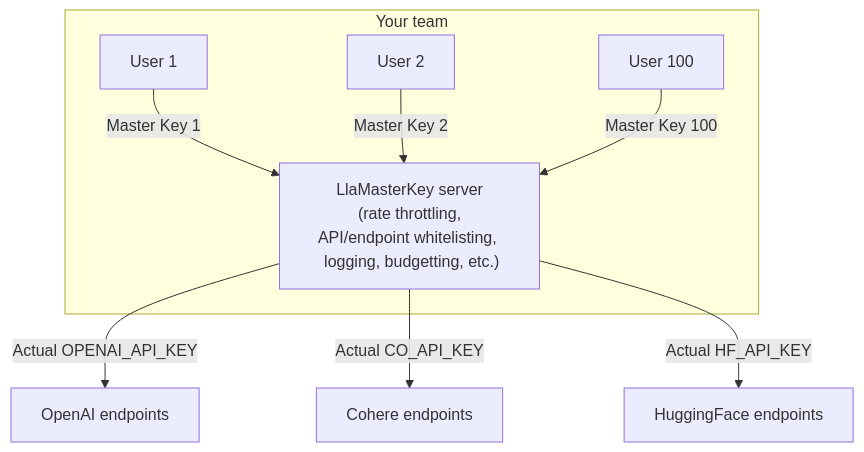
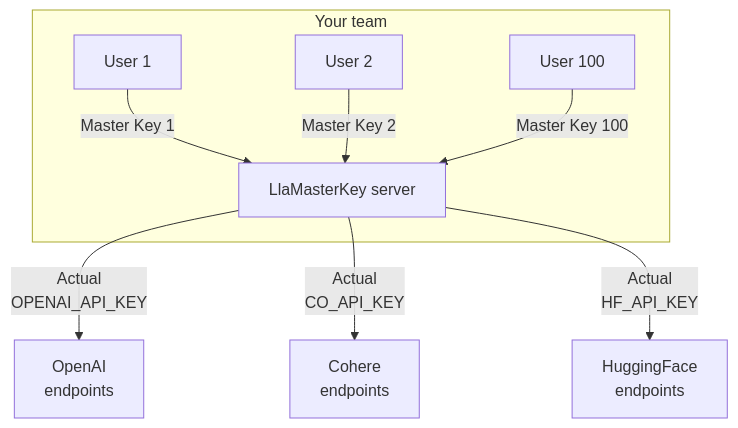
One commit to TexteaInc/LlaMasterKey changed the diagram in README.md. Above: the diagram before and after it, drawn with Mermaid. The commit also changed other lines of this file and 4 other files, not shown here.

````diff
--- a/README.md
+++ b/README.md
@@ -7,11 +12,11 @@
 ```mermaid
 graph TD
    subgraph Your team
-     A[User 1] -- Master Key 1 --> L["LlaMasterKey server<br> (rate throttling, API/endpoint whitelisting, <br> logging, budgetting, etc.)"]
+     A[User 1] -- Master Key 1 --> L["LlaMasterKey server"]
      B[User 2] -- Master Key 2 --> L
      C[User 100] -- Master Key 100 --> L
    end
-    L -- Actual OPENAI_API_KEY--> O[OpenAI endpoints]
-    L -- Actual CO_API_KEY--> P[Cohere  endpoints]
-    L -- Actual HF_API_KEY--> Q[HuggingFace endpoints]
+    L -- Actual <br> OPENAI_API_KEY --> O[OpenAI <br> endpoints]
+    L -- Actual <br> CO_API_KEY--> P[Cohere <br> endpoints]
+    L -- Actual <br> HF_API_KEY--> Q[HuggingFace  <br>endpoints]
 ```
````
